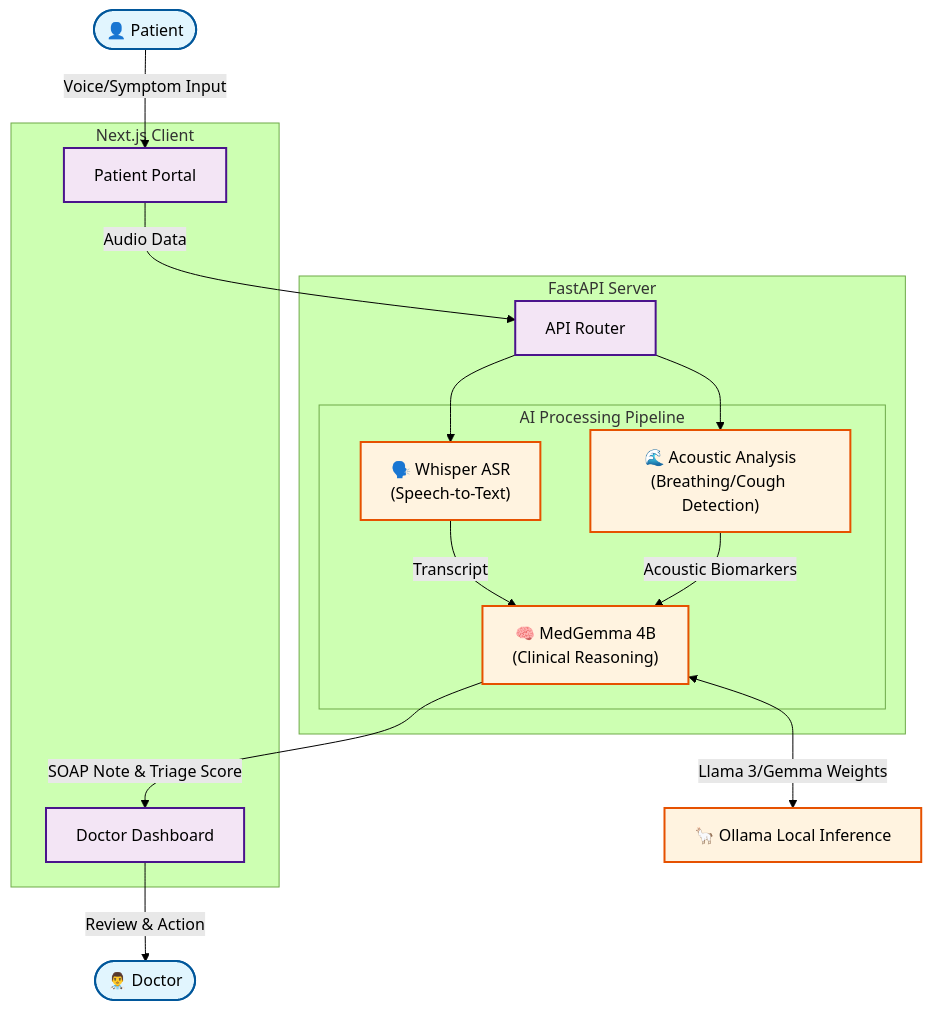
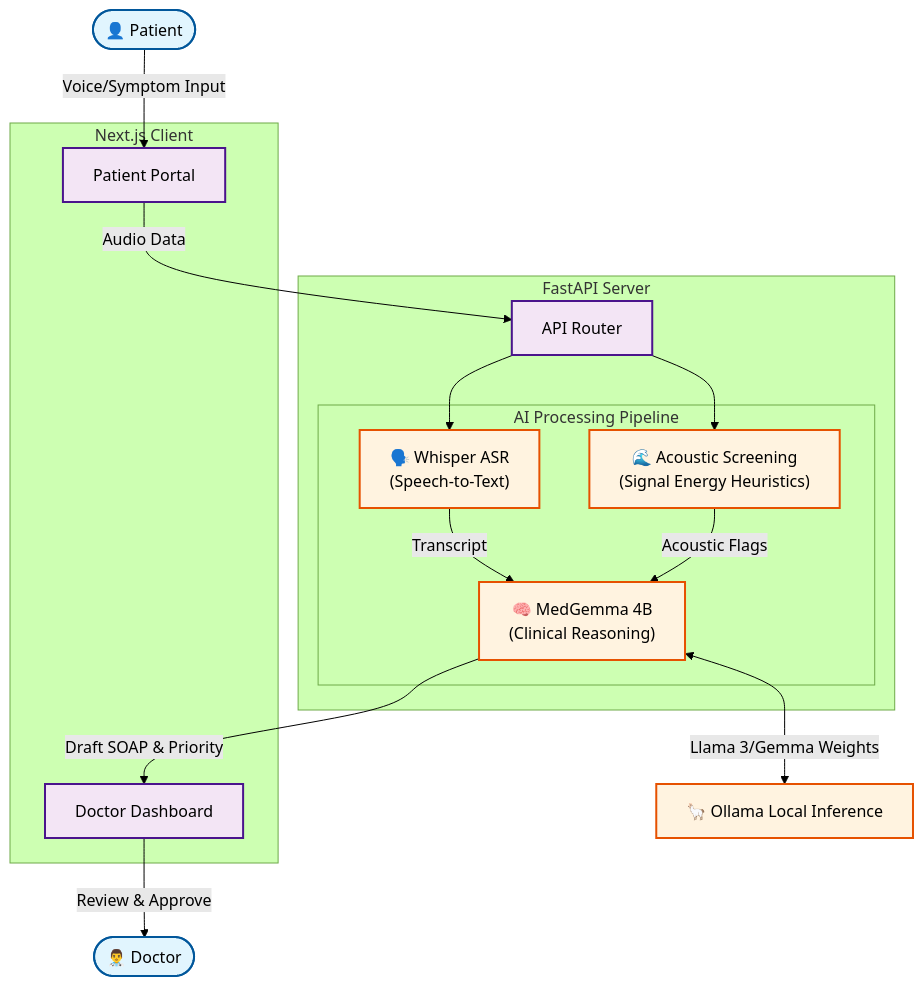
One commit to SowmyaLR/AIForBharath changed the diagram in README.md. Above: the diagram before and after it, drawn with Mermaid (forest theme). The commit also changed other lines of this file, not shown here.

Commit message:
Updated tele triage system readme

````diff
--- a/README.md
+++ b/README.md
@@ -59,49 +81,49 @@
 ```mermaid
 graph TD
     %% Users
     Patient(["👤 Patient"])
     Doctor(["👨‍⚕️ Doctor"])
 
     %% Frontend
     subgraph Frontend [Next.js Client]
         P_Portal["Patient Portal"]
         D_Portal["Doctor Dashboard"]
     end
 
     %% Backend
     subgraph Backend [FastAPI Server]
         Router["API Router"]
         
         subgraph Processing [AI Processing Pipeline]
             Whisper["🗣️ Whisper ASR<br/>(Speech-to-Text)"]
-            Librosa["🌊 Acoustic Analysis<br/>(Breathing/Cough Detection)"]
+            Librosa["🌊 Acoustic Screening<br/>(Signal Energy Heuristics)"]
             MedGemma["🧠 MedGemma 4B<br/>(Clinical Reasoning)"]
         end
     end
 
     %% External/Local Service
     Ollama["🦙 Ollama Local Inference"]
 
     %% Connections
     Patient -->|Voice/Symptom Input| P_Portal
     P_Portal -->|Audio Data| Router
     
     Router --> Whisper
     Router --> Librosa
     
     Whisper -->|Transcript| MedGemma
-    Librosa -->|Acoustic Biomarkers| MedGemma
+    Librosa -->|Acoustic Flags| MedGemma
     
     MedGemma <-->|Llama 3/Gemma Weights| Ollama
     
-    MedGemma -->|SOAP Note & Triage Score| D_Portal
-    D_Portal -->|Review & Action| Doctor
+    MedGemma -->|Draft SOAP & Priority| D_Portal
+    D_Portal -->|Review & Approve| Doctor
     
     classDef user fill:#e1f5fe,stroke:#01579b,stroke-width:2px;
     classDef component fill:#f3e5f5,stroke:#4a148c,stroke-width:2px;
     classDef ai fill:#fff3e0,stroke:#e65100,stroke-width:2px;
     
     class Patient,Doctor user;
     class P_Portal,D_Portal,Router component;
     class Whisper,Librosa,MedGemma,Ollama ai;
 ```
````
